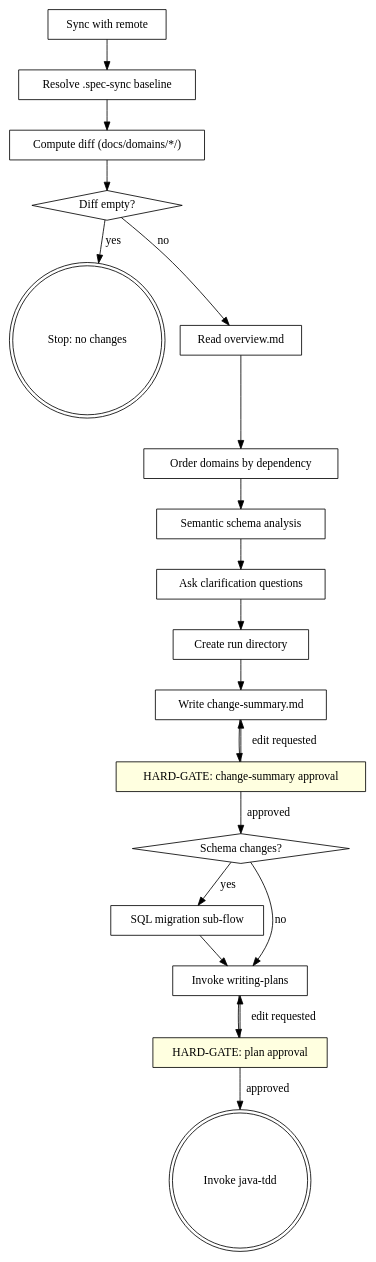
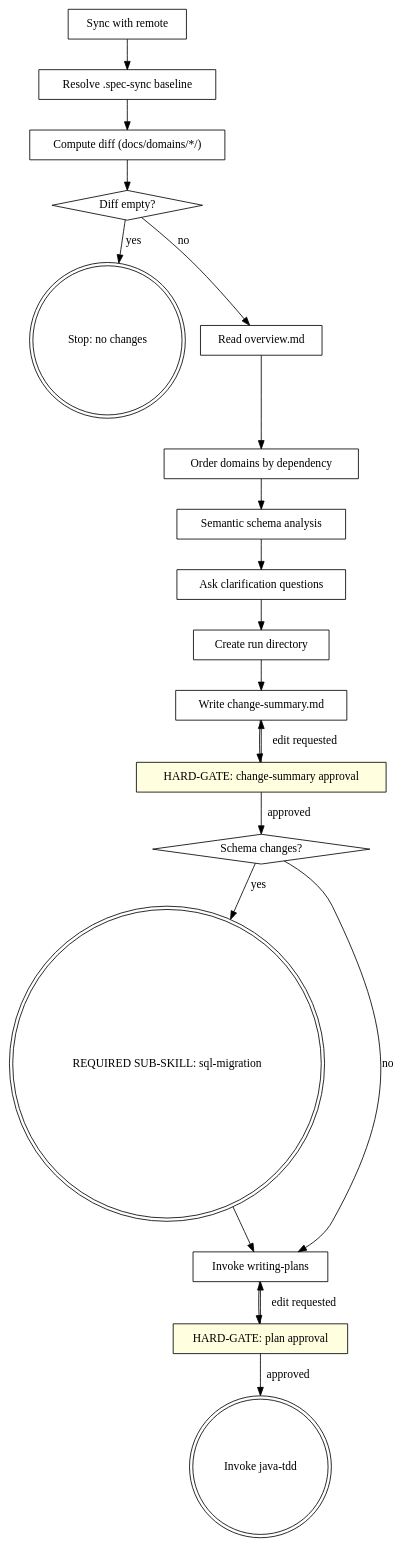
One commit to honghaowuu/jkit changed the first of 3 diagrams in docs/superpowers/specs/2026-04-21-jkit-iter2-core-loop.md. Above: the diagram before and after it, drawn with Graphviz. The commit also changed other lines of this file and 4 other files, not shown here.

First line of the commit message:
fix(design): redesign quality layer — sql-migration split, JaCoCo integration, api-scenarios TDD

````diff
--- a/docs/superpowers/specs/2026-04-21-jkit-iter2-core-loop.md
+++ b/docs/superpowers/specs/2026-04-21-jkit-iter2-core-loop.md
@@ -79,41 +78,41 @@
 ```dot
 digraph spec_delta {
     "Sync with remote" [shape=box];
     "Resolve .spec-sync baseline" [shape=box];
     "Compute diff (docs/domains/*/)" [shape=box];
     "Diff empty?" [shape=diamond];
     "Stop: no changes" [shape=doublecircle];
     "Read overview.md" [shape=box];
     "Order domains by dependency" [shape=box];
     "Semantic schema analysis" [shape=box];
     "Ask clarification questions" [shape=box];
     "Create run directory" [shape=box];
     "Write change-summary.md" [shape=box];
     "HARD-GATE: change-summary approval" [shape=box style=filled fillcolor=lightyellow];
     "Schema changes?" [shape=diamond];
-    "SQL migration sub-flow" [shape=box];
+    "REQUIRED SUB-SKILL: sql-migration" [shape=doublecircle];
     "Invoke writing-plans" [shape=box];
     "HARD-GATE: plan approval" [shape=box style=filled fillcolor=lightyellow];
     "Invoke java-tdd" [shape=doublecircle];
 
     "Sync with remote" -> "Resolve .spec-sync baseline";
     "Resolve .spec-sync baseline" -> "Compute diff (docs/domains/*/)" ;
     "Compute diff (docs/domains/*/)" -> "Diff empty?";
     "Diff empty?" -> "Stop: no changes" [label="yes"];
     "Diff empty?" -> "Read overview.md" [label="no"];
     "Read overview.md" -> "Order domains by dependency";
     "Order domains by dependency" -> "Semantic schema analysis";
     "Semantic schema analysis" -> "Ask clarification questions";
     "Ask clarification questions" -> "Create run directory";
     "Create run directory" -> "Write change-summary.md";
     "Write change-summary.md" -> "HARD-GATE: change-summary approval";
     "HARD-GATE: change-summary approval" -> "Schema changes?" [label="approved"];
     "HARD-GATE: change-summary approval" -> "Write change-summary.md" [label="edit requested"];
-    "Schema changes?" -> "SQL migration sub-flow" [label="yes"];
+    "Schema changes?" -> "REQUIRED SUB-SKILL: sql-migration" [label="yes"];
     "Schema changes?" -> "Invoke writing-plans" [label="no"];
-    "SQL migration sub-flow" -> "Invoke writing-plans";
+    "REQUIRED SUB-SKILL: sql-migration" -> "Invoke writing-plans";
     "Invoke writing-plans" -> "HARD-GATE: plan approval";
     "HARD-GATE: plan approval" -> "Invoke java-tdd" [label="approved"];
     "HARD-GATE: plan approval" -> "Invoke writing-plans" [label="edit requested"];
 }
 ```
````
